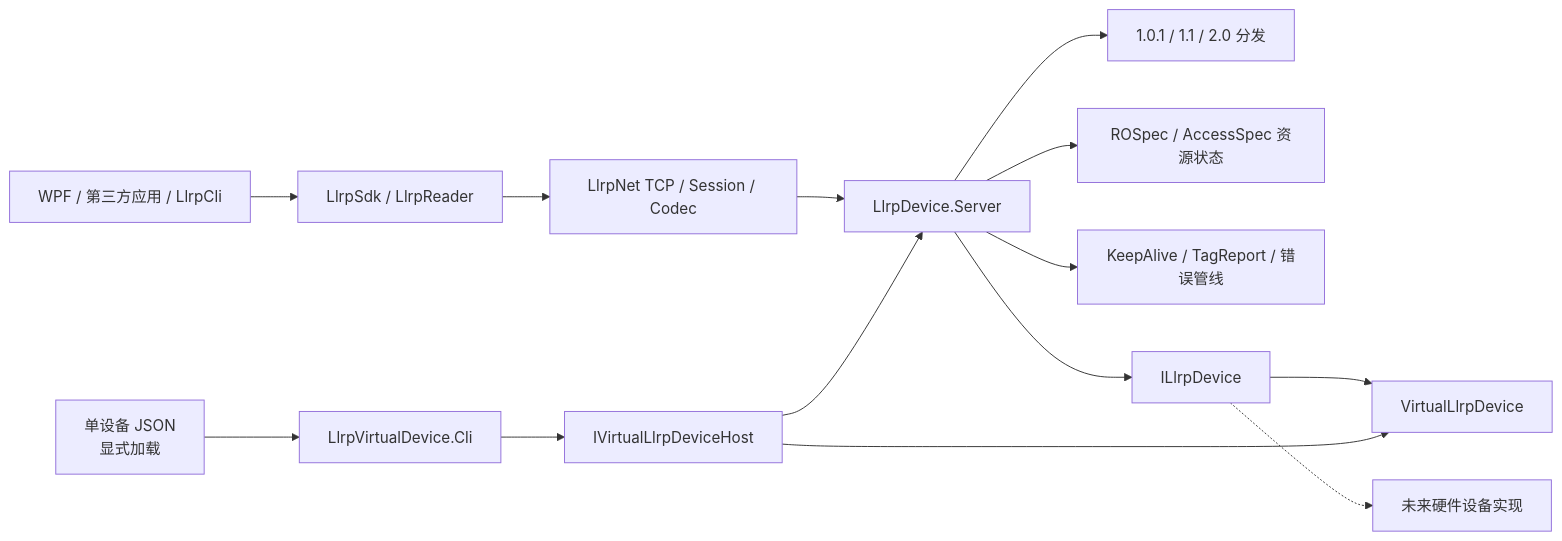
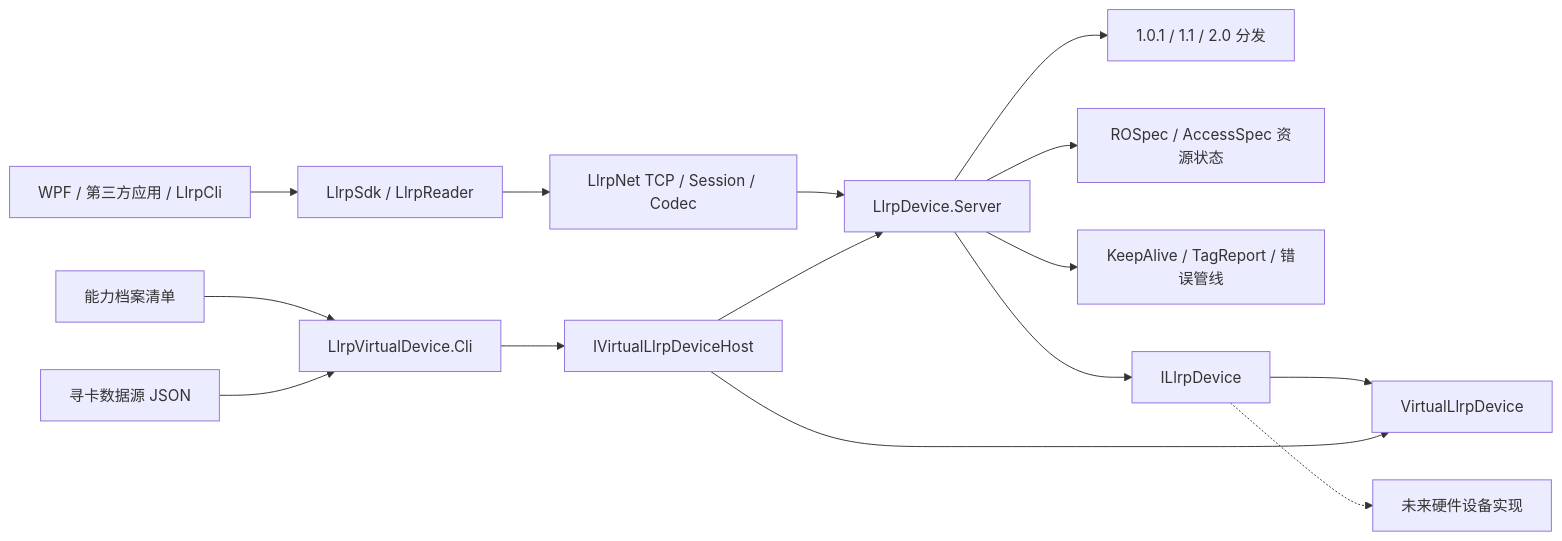
The first of 2 diagrams in docs/architecture/overview.zh.md (newton5555/LLRPCSharp), drawn with Mermaid before and after one commit. The commit also changed other lines of this file and 25 other files, not shown here.

Commit message:
feat: complete virtual device SDK and CLI

````diff
--- a/docs/architecture/overview.zh.md
+++ b/docs/architecture/overview.zh.md
@@ -31,16 +31,17 @@
 ```mermaid
 flowchart LR
     Client["WPF / 第三方应用 / LlrpCli"] --> SDK["LlrpSdk / LlrpReader"]
     SDK --> Net["LlrpNet TCP / Session / Codec"]
     Net --> Server["LlrpDevice.Server"]
     Server --> Protocol["1.0.1 / 1.1 / 2.0 分发"]
     Server --> Resources["ROSpec / AccessSpec 资源状态"]
     Server --> Reports["KeepAlive / TagReport / 错误管线"]
     Server --> Contract["ILlrpDevice"]
     Contract --> Virtual["VirtualLlrpDevice"]
     Contract -.-> Physical["未来硬件设备实现"]
     Host["IVirtualLlrpDeviceHost"] --> Server
     Host --> Virtual
     DeviceCli["LlrpVirtualDevice.Cli"] --> Host
-    Config["单设备 JSON<br/>显式加载"] --> DeviceCli
+    Caps["能力档案清单"] --> DeviceCli
+    Data["寻卡数据源 JSON"] --> DeviceCli
 ```
````
